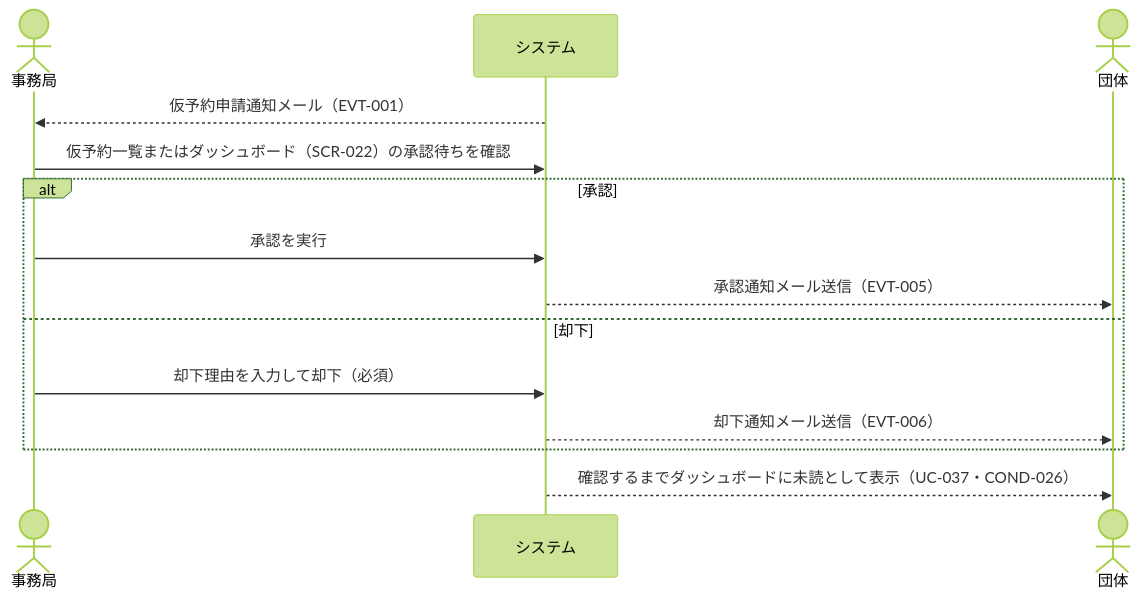
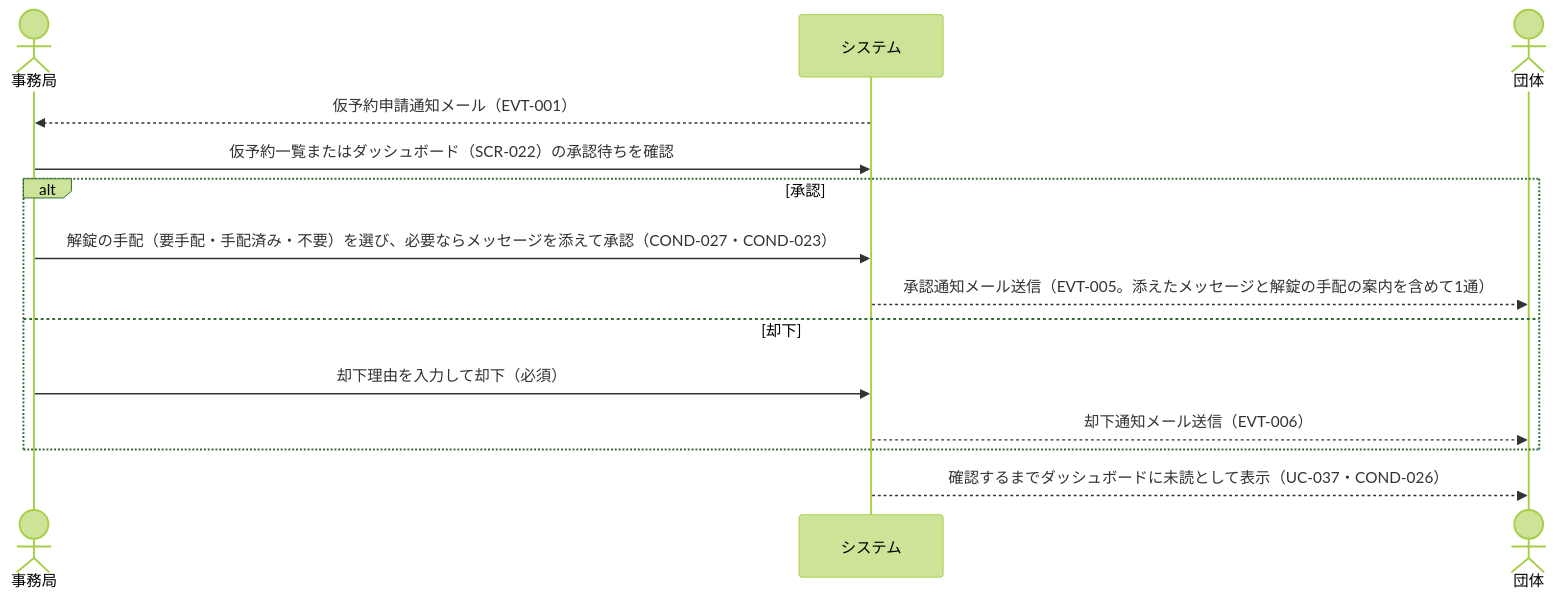
One commit to gdsc-osaka/iclub-reserve changed the second of 6 diagrams in rdra/contexts/reservation-approval.md. Above: the diagram before and after it, drawn with Mermaid (forest theme). The commit also changed other lines of this file and 10 other files, not shown here.

````diff
--- a/rdra/contexts/reservation-approval.md
+++ b/rdra/contexts/reservation-approval.md
@@ -229,17 +270,17 @@
 ```mermaid
 sequenceDiagram
     actor 事務局
     participant システム
     actor 団体
 
     システム-->>事務局: 仮予約申請通知メール（EVT-001）
     事務局->>システム: 仮予約一覧またはダッシュボード（SCR-022）の承認待ちを確認
     alt 承認
-        事務局->>システム: 承認を実行
-        システム-->>団体: 承認通知メール送信（EVT-005）
+        事務局->>システム: 解錠の手配（要手配・手配済み・不要）を選び、必要ならメッセージを添えて承認（COND-027・COND-023）
+        システム-->>団体: 承認通知メール送信（EVT-005。添えたメッセージと解錠の手配の案内を含めて1通）
     else 却下
         事務局->>システム: 却下理由を入力して却下（必須）
         システム-->>団体: 却下通知メール送信（EVT-006）
     end
     システム-->>団体: 確認するまでダッシュボードに未読として表示（UC-037・COND-026）
 ```
````
